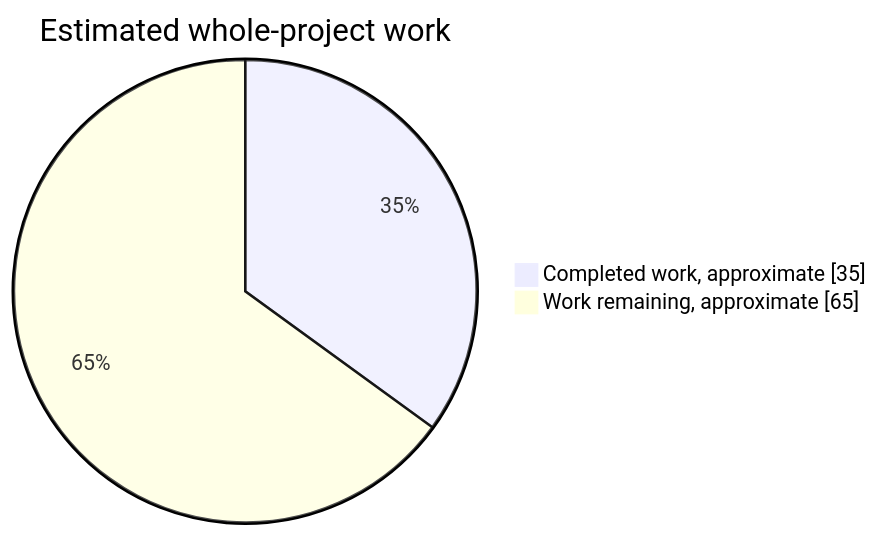
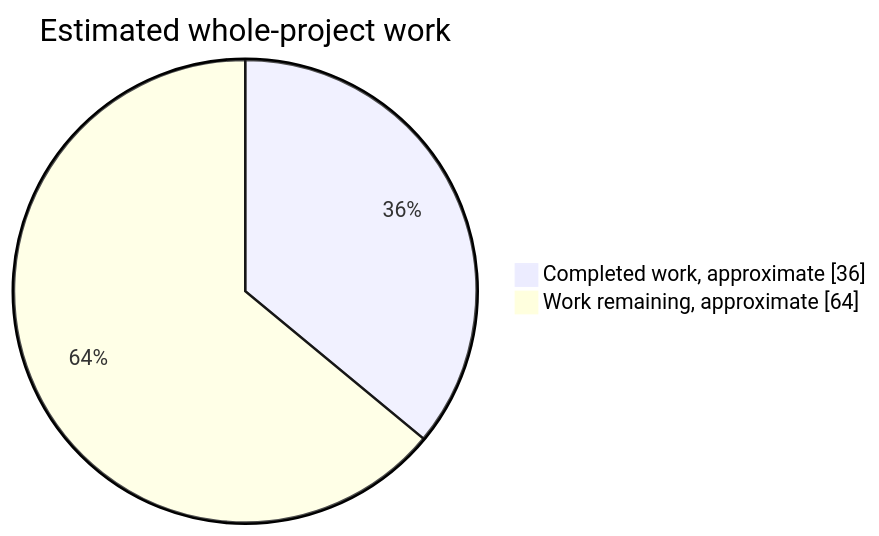
Before and after one commit to NachtRaveVL/stuntracefx: the first of 2 diagrams in readme.md, drawn with Mermaid. The commit also changed other lines of this file and 8 other files, not shown here.

````diff
--- a/readme.md
+++ b/readme.md
@@ -56,6 +56,6 @@
 ```mermaid
 pie showData
     title Estimated whole-project work
-    "Completed work, approximate" : 35
-    "Work remaining, approximate" : 65
+    "Completed work, approximate" : 36
+    "Work remaining, approximate" : 64
 ```
````
